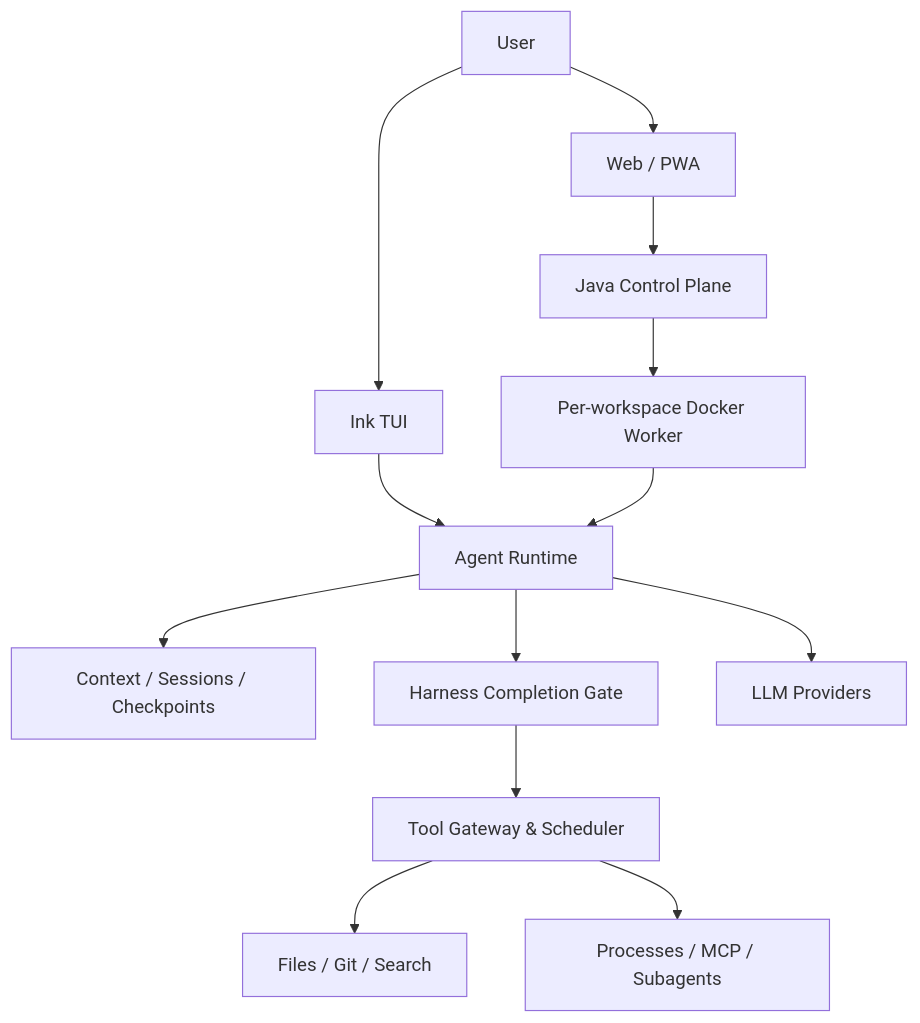
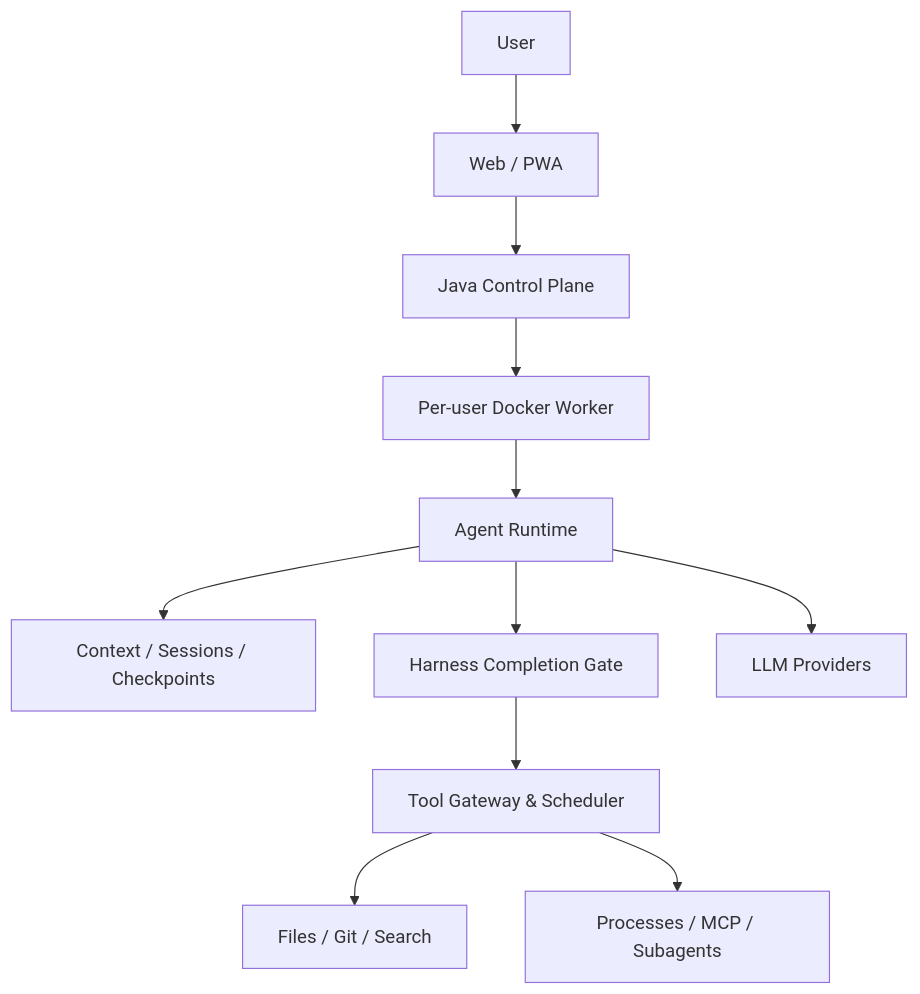
One commit to zzc-101/Kross changed the diagram in README.md. Above: the diagram before and after it, drawn with Mermaid. The commit also changed other lines of this file and 649 other files, not shown here.

````diff
--- a/README.md
+++ b/README.md
@@ -185,15 +107,13 @@
 ```mermaid
 flowchart TB
-    U["User"] --> T["Ink TUI"]
-    U --> W["Web / PWA"]
-    T --> R["Agent Runtime"]
+    U["User"] --> W["Web / PWA"]
     W --> S["Java Control Plane"]
-    S --> D["Per-workspace Docker Worker"]
-    D --> R
+    S --> D["Per-user Docker Worker"]
+    D --> R["Agent Runtime"]
     R --> C["Context / Sessions / Checkpoints"]
     R --> H["Harness Completion Gate"]
     H --> G["Tool Gateway & Scheduler"]
     R --> M["LLM Providers"]
     G --> F["Files / Git / Search"]
     G --> P["Processes / MCP / Subagents"]
 ```
````
